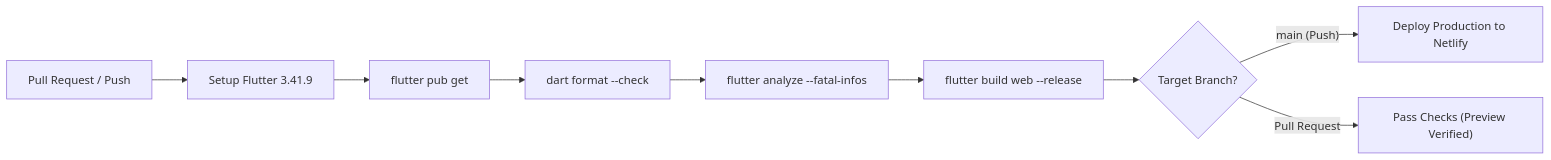
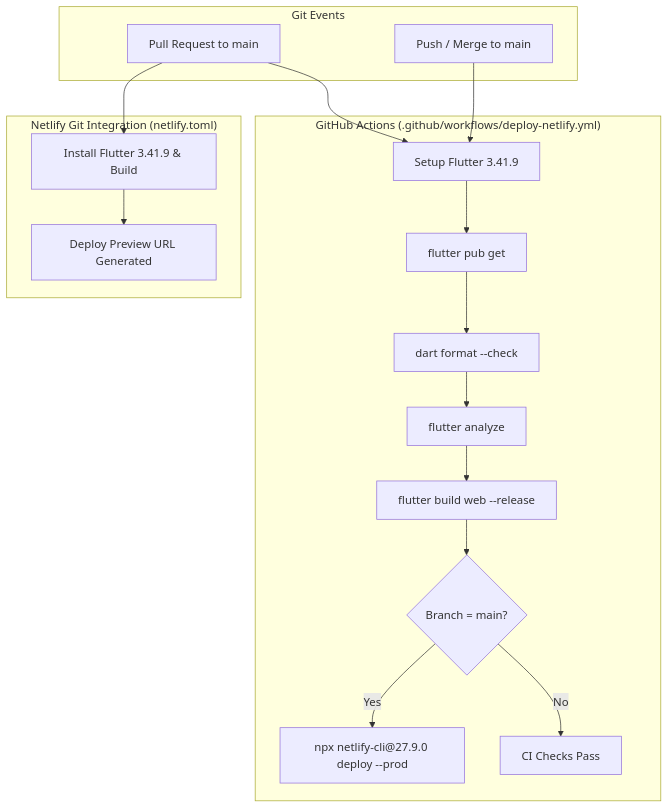
One commit to ahmadhomsy/portfolio changed the diagram in README.md. Above: the diagram before and after it, drawn with Mermaid. The commit also changed other lines of this file and 1 other file, not shown here.

````diff
--- a/README.md
+++ b/README.md
@@ -154,11 +191,25 @@
 ```mermaid
-flowchart LR
-    A["Pull Request / Push"] --> B["Setup Flutter 3.41.9"]
-    B --> C["flutter pub get"]
-    C --> D["dart format --check"]
-    D --> E["flutter analyze --fatal-infos"]
-    E --> F["flutter build web --release"]
-    F --> G{"Target Branch?"}
-    G -- "main (Push)" --> H["Deploy Production to Netlify"]
-    G -- "Pull Request" --> I["Pass Checks (Preview Verified)"]
+flowchart TD
+    subgraph Trigger["Git Events"]
+        PR["Pull Request to main"]
+        Push["Push / Merge to main"]
+    end
+
+    subgraph GitHubActions["GitHub Actions (.github/workflows/deploy-netlify.yml)"]
+        A["Setup Flutter 3.41.9"] --> B["flutter pub get"]
+        B --> C["dart format --check"]
+        C --> D["flutter analyze"]
+        D --> E["flutter build web --release"]
+        E --> F{"Branch = main?"}
+        F -- Yes --> G["npx netlify-cli@27.9.0 deploy --prod"]
+        F -- No --> H["CI Checks Pass"]
+    end
+
+    subgraph NetlifyIntegration["Netlify Git Integration (netlify.toml)"]
+        PR --> NP["Install Flutter 3.41.9 & Build"]
+        NP --> ND["Deploy Preview URL Generated"]
+    end
+
+    PR --> A
+    Push --> A
 ```
````
